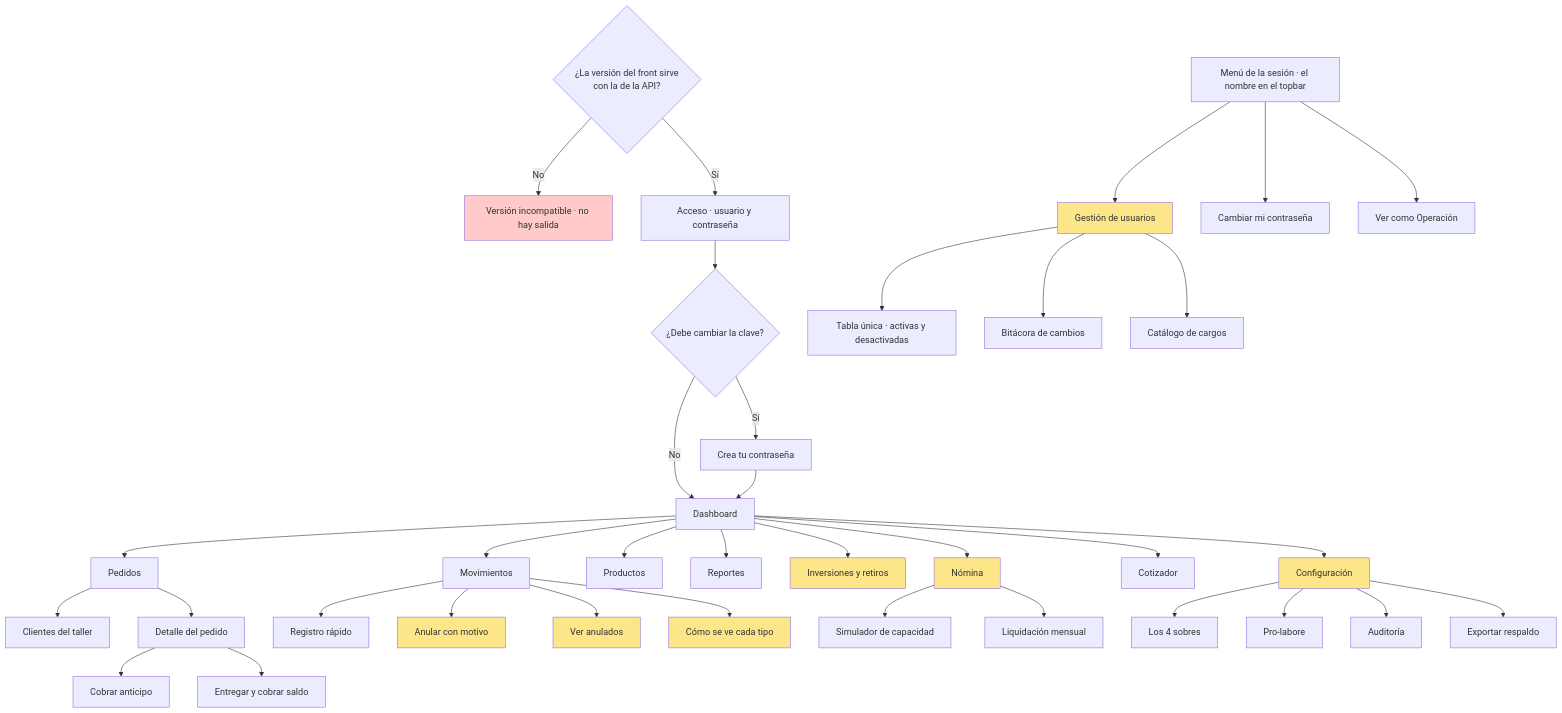
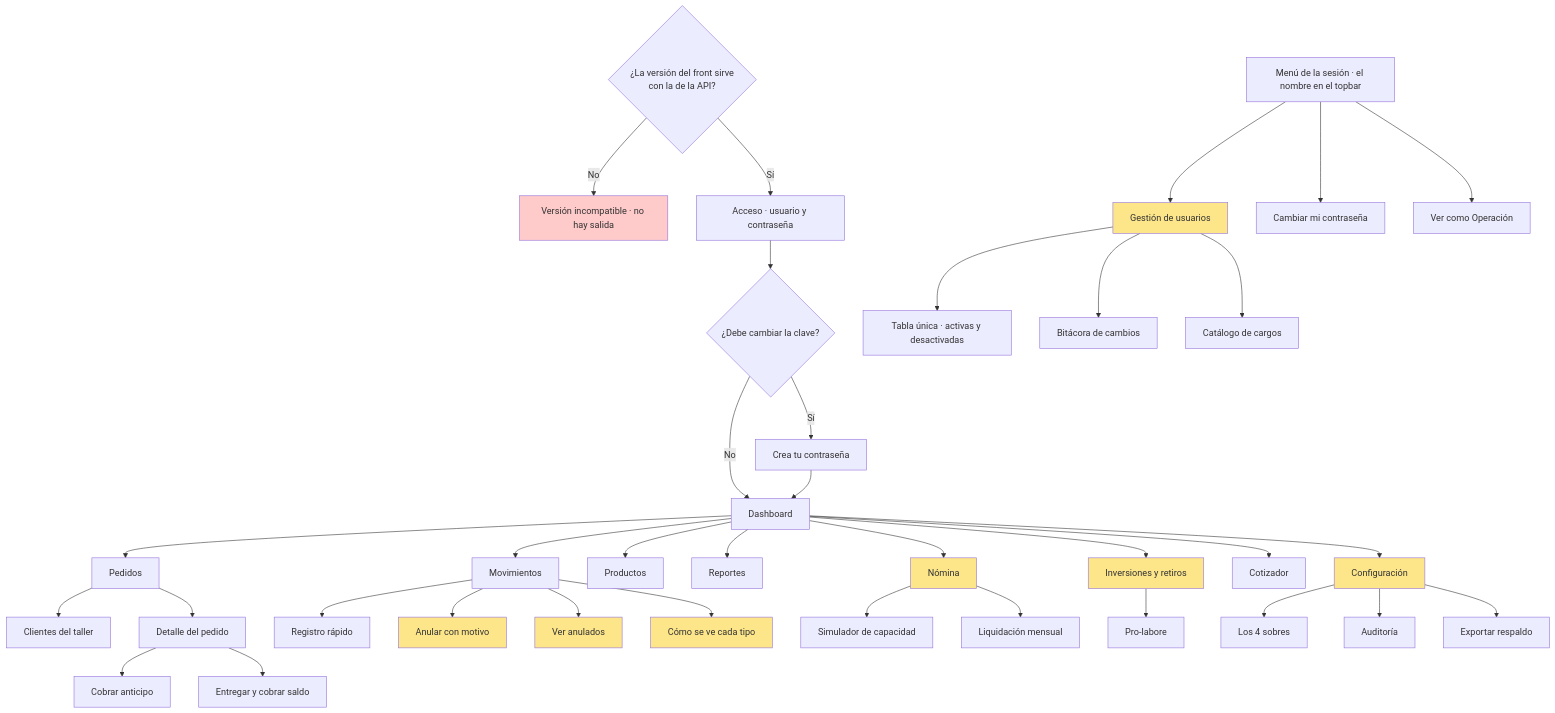
The diagram in docs/10-ux-y-mockups.md (Juanchope039/Finanzas-PRISMA), drawn with Mermaid before and after one commit. The commit also changed other lines of this file and 4 other files, not shown here.

First line of the commit message:
Sprint 7 / 7.3: la pantalla del pro-labore, en el mockup y en el 10

````diff
--- a/docs/10-ux-y-mockups.md
+++ b/docs/10-ux-y-mockups.md
@@ -51,54 +51,55 @@
 ```mermaid
 graph TD
   A0{¿La versión del front sirve
 con la de la API?} -->|No| VI[Versión incompatible · no hay salida]
   A0 -->|Sí| L[Acceso · usuario y contraseña]
   L --> V{¿Debe cambiar la clave?}
   V -->|Sí| CC[Crea tu contraseña]
   V -->|No| D[Dashboard]
   CC --> D
 
   D --> P[Pedidos]
   D --> M[Movimientos]
   D --> PR[Productos]
   D --> R[Reportes]
   D --> I[Inversiones y retiros]
   D --> N[Nómina]
   D --> C[Cotizador]
   D --> CF[Configuración]
 
   MS[Menú de la sesión · el nombre en el topbar] --> U[Gestión de usuarios]
   MS --> MP[Cambiar mi contraseña]
   MS --> VO[Ver como Operación]
 
   P --> CL[Clientes del taller]
   P --> PD[Detalle del pedido]
   PD --> PA[Cobrar anticipo]
   PD --> PE[Entregar y cobrar saldo]
 
   M --> MR[Registro rápido]
   M --> MA[Anular con motivo]
   M --> MV[Ver anulados]
   M --> MT[Cómo se ve cada tipo]
 
   N --> NS[Simulador de capacidad]
   N --> NL[Liquidación mensual]
 
+  I --> IP[Pro-labore]
+
   CF --> CS[Los 4 sobres]
-  CF --> CP[Pro-labore]
   CF --> CA[Auditoría]
   CF --> CE[Exportar respaldo]
 
   U --> UT[Tabla única · activas y desactivadas]
   U --> UB[Bitácora de cambios]
   U --> UC[Catálogo de cargos]
 
   style N fill:#fde68a
   style I fill:#fde68a
   style CF fill:#fde68a
   style U fill:#fde68a
   style MA fill:#fde68a
   style MV fill:#fde68a
   style MT fill:#fde68a
   style VI fill:#fecaca
 ```
````
